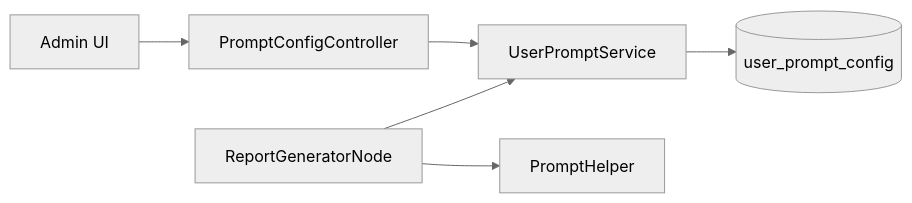
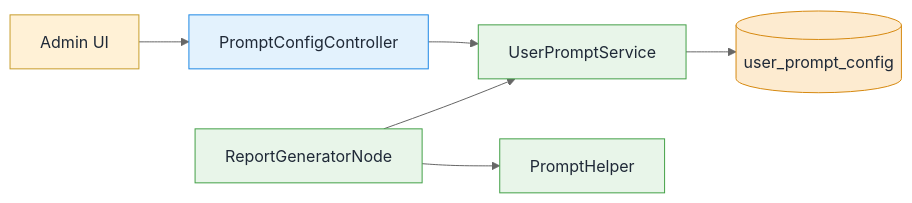
The fifth of 18 diagrams in README.md (spring-ai-alibaba/DataAgent), drawn with Mermaid (neutral theme) before and after one commit. The commit also changed other lines of this file, not shown here.

Commit message:
refactor: update README with improved diagram formatting and class definitions for better clarity

````diff
--- a/README.md
+++ b/README.md
@@ -151,8 +197,18 @@
 ```mermaid
 flowchart LR
   UI[Admin UI] --> PromptAPI[PromptConfigController]
   PromptAPI --> PromptSvc[UserPromptService]
   PromptSvc --> PromptDB[(user_prompt_config)]
   Report[ReportGeneratorNode] --> PromptSvc
   Report --> PromptHelper
+
+  classDef client fill:#FFF1D6,stroke:#C79D2B,stroke-width:1px,color:#1F2937;
+  classDef api fill:#E3F2FD,stroke:#1E88E5,stroke-width:1px,color:#1F2937;
+  classDef service fill:#E8F5E9,stroke:#43A047,stroke-width:1px,color:#1F2937;
+  classDef data fill:#FDEBD0,stroke:#D68910,stroke-width:1px,color:#1F2937;
+
+  class UI client
+  class PromptAPI api
+  class PromptSvc,Report,PromptHelper service
+  class PromptDB data
 ```
````
